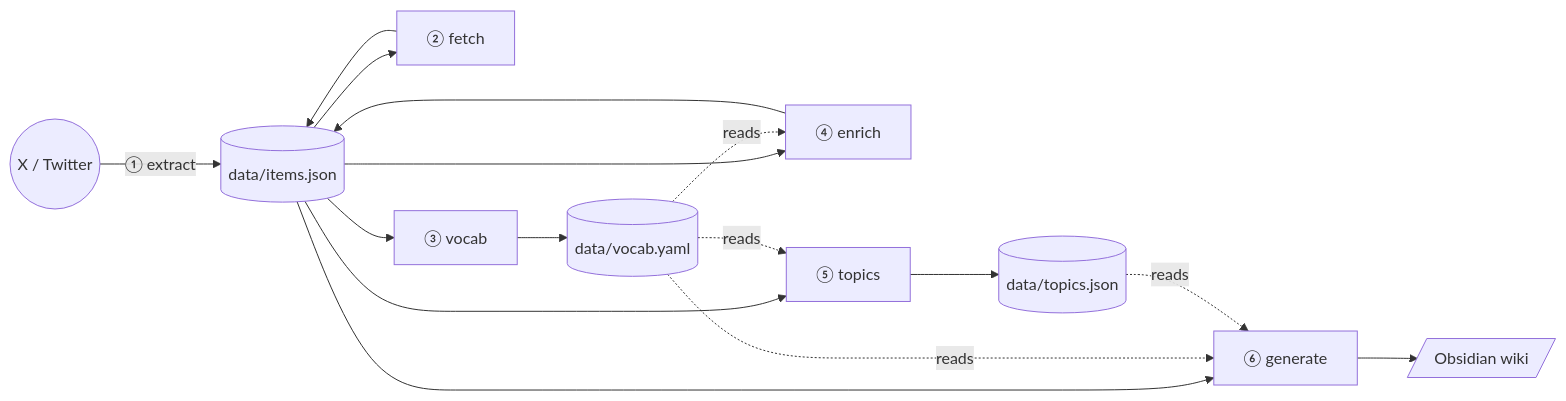
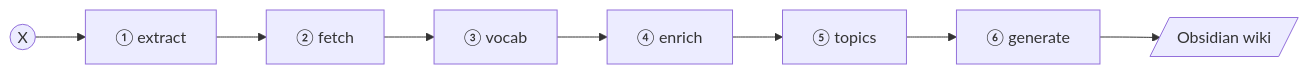
Before and after one commit to VGonPa/xbrain: the second of 3 diagrams in README.md, drawn with Mermaid. The commit also changed other lines of this file, not shown here.

First line of the commit message:
docs: simpler pipeline diagram + Writes-to column in the stage table

````diff
--- a/README.md
+++ b/README.md
@@ -307,13 +307,4 @@
 ```mermaid
 flowchart LR
-    X((X / Twitter)) -->|① extract| D[(data/items.json)]
-    D --> Fe["② fetch"] --> D
-    D --> Vo["③ vocab"] --> V[(data/vocab.yaml)]
-    D --> En["④ enrich"] --> D
-    V -.->|reads| En
-    D --> To["⑤ topics"] --> T[(data/topics.json)]
-    V -.->|reads| To
-    D --> Ge["⑥ generate"] --> W[/Obsidian wiki/]
-    V -.->|reads| Ge
-    T -.->|reads| Ge
+    X((X)) --> E1["① extract"] --> E2["② fetch"] --> E3["③ vocab"] --> E4["④ enrich"] --> E5["⑤ topics"] --> E6["⑥ generate"] --> W[/Obsidian wiki/]
 ```
````
